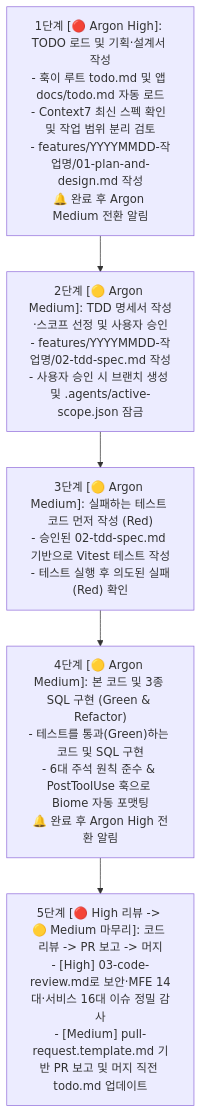
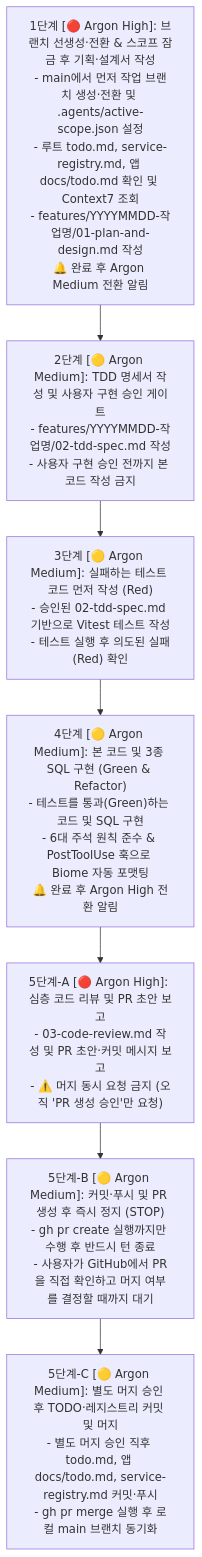
One commit to dev-HongCheol/mfe-study changed the diagram in docs/study/03-ai-harness-and-tdd-workflow-guide.md. Above: the diagram before and after it, drawn with Mermaid. The commit also changed other lines of this file and 11 other files, not shown here.

First line of the commit message:
chore(root): 1단계 브랜치 선생성 및 5단계 PR 생성·머지 분리 하네스 게이트 강화

````diff
--- a/docs/study/03-ai-harness-and-tdd-workflow-guide.md
+++ b/docs/study/03-ai-harness-and-tdd-workflow-guide.md
@@ -11,10 +11,12 @@
 ```mermaid
 flowchart TD
-    S1["1단계 [🔴 Argon High]: TODO 로드 및 기획·설계서 작성<br/>- 훅이 루트 todo.md 및 앱 docs/todo.md 자동 로드<br/>- Context7 최신 스펙 확인 및 작업 범위 분리 검토<br/>- features/YYYYMMDD-작업명/01-plan-and-design.md 작성<br/>🔔 완료 후 Argon Medium 전환 알림"]
-    S2["2단계 [🟡 Argon Medium]: TDD 명세서 작성·스코프 선정 및 사용자 승인<br/>- features/YYYYMMDD-작업명/02-tdd-spec.md 작성<br/>- 사용자 승인 시 브랜치 생성 및 .agents/active-scope.json 잠금"]
+    S1["1단계 [🔴 Argon High]: 브랜치 선생성·전환 & 스코프 잠금 후 기획·설계서 작성<br/>- main에서 먼저 작업 브랜치 생성·전환 및 .agents/active-scope.json 설정<br/>- 루트 todo.md, service-registry.md, 앱 docs/todo.md 확인 및 Context7 조회<br/>- features/YYYYMMDD-작업명/01-plan-and-design.md 작성<br/>🔔 완료 후 Argon Medium 전환 알림"]
+    S2["2단계 [🟡 Argon Medium]: TDD 명세서 작성 및 사용자 구현 승인 게이트<br/>- features/YYYYMMDD-작업명/02-tdd-spec.md 작성<br/>- 사용자 구현 승인 전까지 본 코드 작성 금지"]
     S3["3단계 [🟡 Argon Medium]: 실패하는 테스트 코드 먼저 작성 (Red)<br/>- 승인된 02-tdd-spec.md 기반으로 Vitest 테스트 작성<br/>- 테스트 실행 후 의도된 실패(Red) 확인"]
     S4["4단계 [🟡 Argon Medium]: 본 코드 및 3종 SQL 구현 (Green & Refactor)<br/>- 테스트를 통과(Green)하는 코드 및 SQL 구현<br/>- 6대 주석 원칙 준수 & PostToolUse 훅으로 Biome 자동 포맷팅<br/>🔔 완료 후 Argon High 전환 알림"]
-    S5["5단계 [🔴 High 리뷰 -> 🟡 Medium 마무리]: 코드 리뷰 -> PR 보고 -> 머지<br/>- [High] 03-code-review.md로 보안·MFE 14대·서비스 16대 이슈 정밀 감사<br/>- [Medium] pull-request.template.md 기반 PR 보고 및 머지 직전 todo.md 업데이트"]
+    S5A["5단계-A [🔴 Argon High]: 심층 코드 리뷰 및 PR 초안 보고<br/>- 03-code-review.md 작성 및 PR 초안·커밋 메시지 보고<br/>- ⚠️ 머지 동시 요청 금지 (오직 'PR 생성 승인'만 요청)"]
+    S5B["5단계-B [🟡 Argon Medium]: 커밋·푸시 및 PR 생성 후 즉시 정지 (STOP)<br/>- gh pr create 실행까지만 수행 후 반드시 턴 종료<br/>- 사용자가 GitHub에서 PR을 직접 확인하고 머지 여부를 결정할 때까지 대기"]
+    S5C["5단계-C [🟡 Argon Medium]: 별도 머지 승인 후 TODO·레지스트리 커밋 및 머지<br/>- 별도 머지 승인 직후 todo.md, 앱 docs/todo.md, service-registry.md 커밋·푸시<br/>- gh pr merge 실행 후 로컬 main 브랜치 동기화"]
 
-    S1 --> S2 --> S3 --> S4 --> S5
+    S1 --> S2 --> S3 --> S4 --> S5A --> S5B --> S5C
 ```
````
